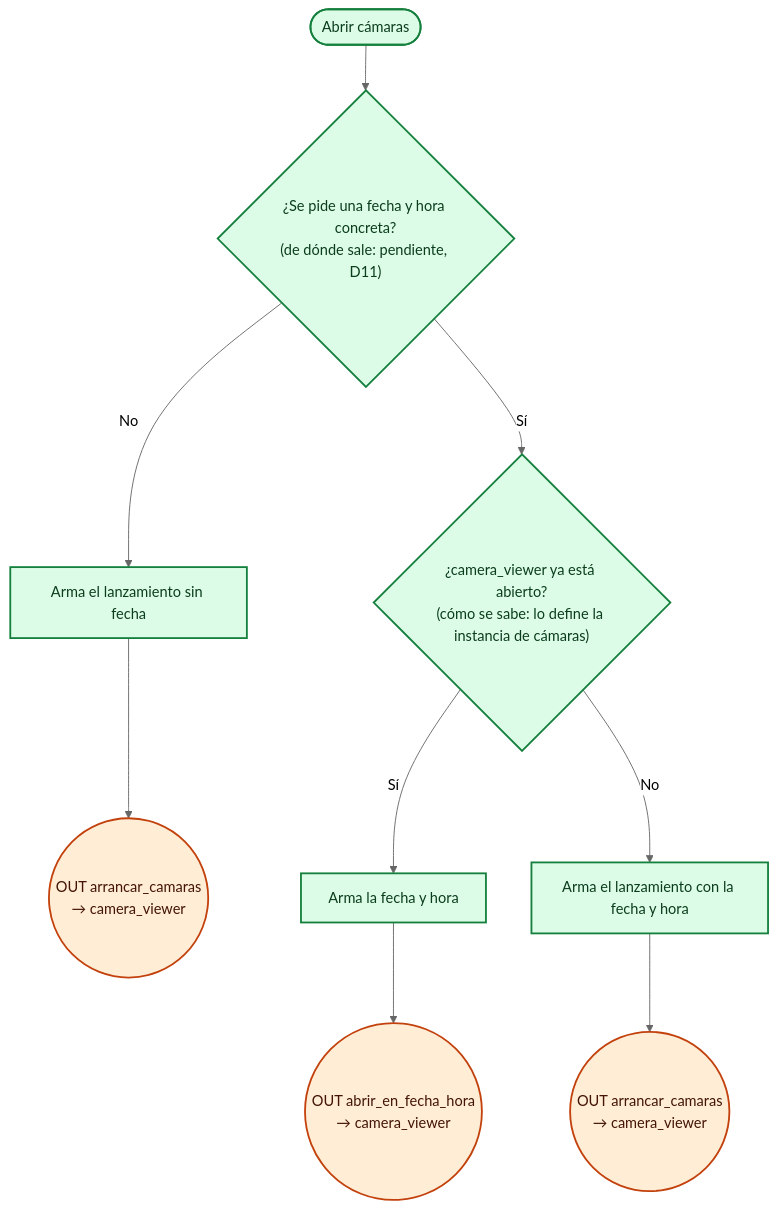
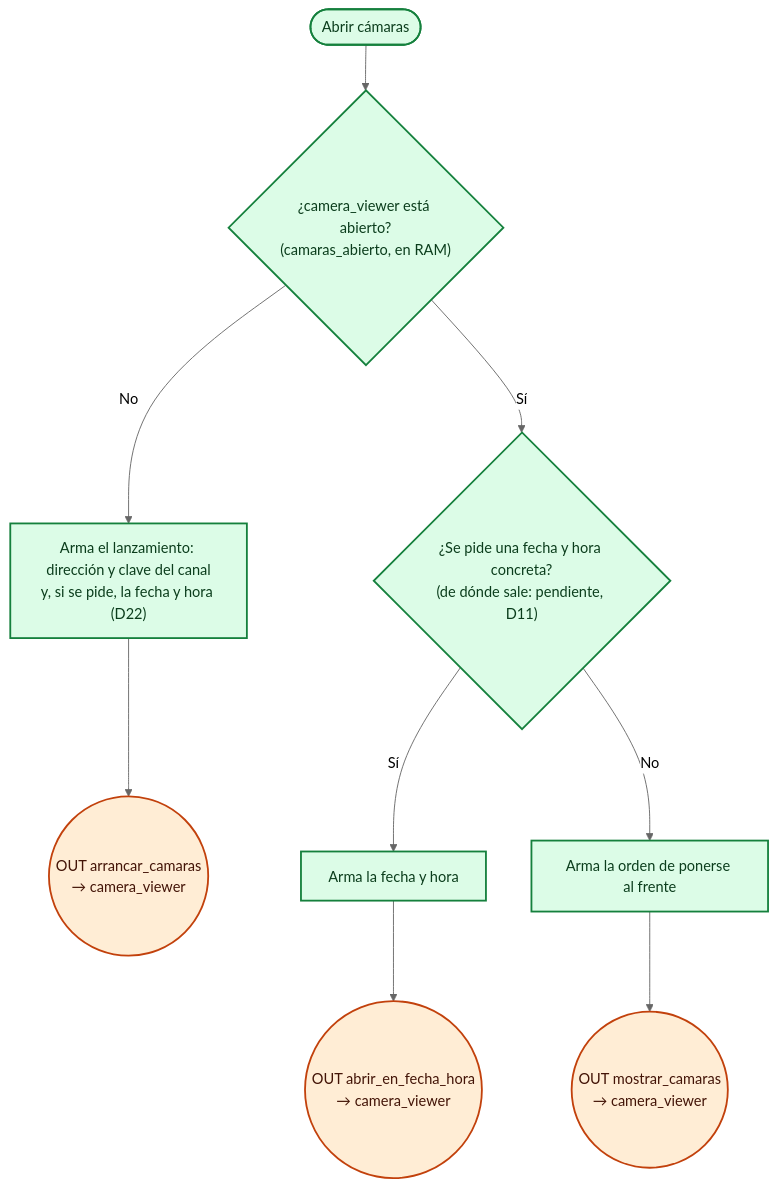
One commit to jesjack/sistema_ventas changed the diagram in v_3/docs/diagramas/flujo_01i_app_abrir_camaras.mmd. Above: the diagram before and after it, drawn with Mermaid (neutral theme). The commit also changed 21 other files, not shown here.

```diff
--- a/v_3/docs/diagramas/flujo_01i_app_abrir_camaras.mmd
+++ b/v_3/docs/diagramas/flujo_01i_app_abrir_camaras.mmd
@@ -1,30 +1,30 @@
 %% chip: App
-%% 1i. Abrir cámaras (D11): camera_viewer es un proceso aparte que no se cierra con el POS.
+%% 1i. Abrir cámaras (D11, D22): camera_viewer es hijo de App; App sabe si está abierto.
 flowchart TD
     T0(["Abrir cámaras"])
+    D1{"¿camera_viewer está abierto?<br/>(camaras_abierto, en RAM)"}
+    C3["Arma el lanzamiento: dirección y clave del canal<br/>y, si se pide, la fecha y hora (D22)"]
+    oCam(("OUT arrancar_camaras<br/>→ camera_viewer")):::cam
     D0{"¿Se pide una fecha y hora concreta?<br/>(de dónde sale: pendiente, D11)"}
-    C1["Arma el lanzamiento sin fecha"]
-    oCam1(("OUT arrancar_camaras<br/>→ camera_viewer")):::cam
-    D1{"¿camera_viewer ya está abierto?<br/>(cómo se sabe: lo define la instancia de cámaras)"}
     C2["Arma la fecha y hora"]
     oFecha(("OUT abrir_en_fecha_hora<br/>→ camera_viewer")):::cam
-    C3["Arma el lanzamiento con la fecha y hora"]
-    oCam2(("OUT arrancar_camaras<br/>→ camera_viewer")):::cam
+    C4["Arma la orden de ponerse al frente"]
+    oMostrar(("OUT mostrar_camaras<br/>→ camera_viewer")):::cam
 
-    T0 --> D0
-    D0 -- "No" --> C1
-    C1 --> oCam1
-    D0 -- "Sí" --> D1
-    D1 -- "Sí" --> C2
+    T0 --> D1
+    D1 -- "No" --> C3
+    C3 --> oCam
+    D1 -- "Sí" --> D0
+    D0 -- "Sí" --> C2
     C2 --> oFecha
-    D1 -- "No" --> C3
-    C3 --> oCam2
+    D0 -- "No" --> C4
+    C4 --> oMostrar
 
     classDef default fill:#dcfce7,stroke:#15803d,color:#0b3d1c,stroke-width:2px
     classDef par fill:#15803d,stroke:#111827,color:#ffffff,stroke-width:2px
     classDef app fill:#dcfce7,stroke:#15803d,color:#0b3d1c,stroke-width:2px
     classDef sof fill:#dbeafe,stroke:#1d4ed8,color:#0b1f4d,stroke-width:2px
     classDef bas fill:#fef9c3,stroke:#a16207,color:#422006,stroke-width:2px
     classDef uno fill:#ccfbf1,stroke:#0f766e,color:#042f2e,stroke-width:2px
     classDef cam fill:#ffedd5,stroke:#c2410c,color:#431407,stroke-width:2px
     classDef ext fill:#f3f4f6,stroke:#6b7280,color:#1f2937,stroke-width:1px,stroke-dasharray:4 3
```
